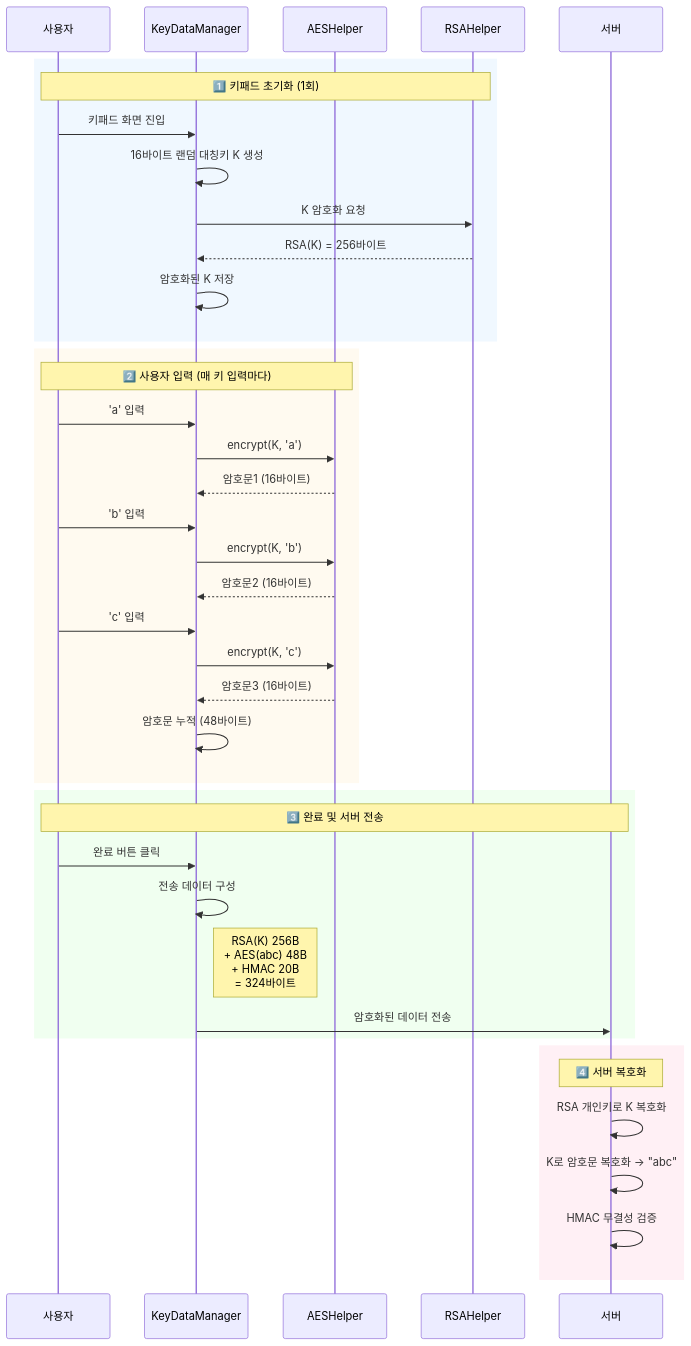
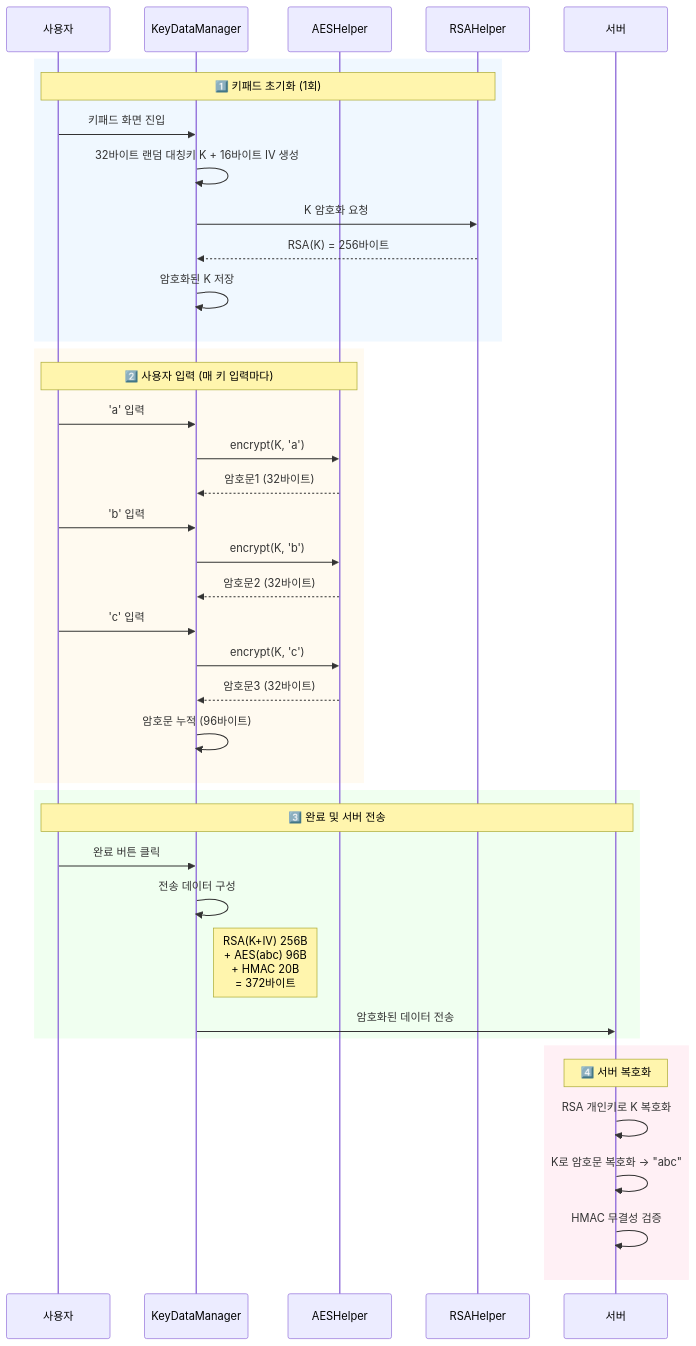
Before and after one commit to kjw2000e/SecurePad_App: the diagram in docs/리더_리뷰_자료.md, drawn with Mermaid. The commit also changed other lines of this file and 1 other file, not shown here.

````diff
--- a/docs/리더_리뷰_자료.md
+++ b/docs/리더_리뷰_자료.md
@@ -37,49 +86,49 @@
 ```mermaid
 sequenceDiagram
     participant User as 사용자
     participant KDM as KeyDataManager
     participant AES as AESHelper
     participant RSA as RSAHelper
     participant Server as 서버
 
     rect rgb(240, 248, 255)
         Note over User, RSA: 1️⃣ 키패드 초기화 (1회)
         User->>KDM: 키패드 화면 진입
-        KDM->>KDM: 16바이트 랜덤 대칭키 K 생성
+        KDM->>KDM: 32바이트 랜덤 대칭키 K + 16바이트 IV 생성
         KDM->>RSA: K 암호화 요청
         RSA-->>KDM: RSA(K) = 256바이트
         KDM->>KDM: 암호화된 K 저장
     end
 
     rect rgb(255, 250, 240)
         Note over User, AES: 2️⃣ 사용자 입력 (매 키 입력마다)
         User->>KDM: 'a' 입력
         KDM->>AES: encrypt(K, 'a')
-        AES-->>KDM: 암호문1 (16바이트)
+        AES-->>KDM: 암호문1 (32바이트)
         
         User->>KDM: 'b' 입력
         KDM->>AES: encrypt(K, 'b')
-        AES-->>KDM: 암호문2 (16바이트)
+        AES-->>KDM: 암호문2 (32바이트)
         
         User->>KDM: 'c' 입력
         KDM->>AES: encrypt(K, 'c')
-        AES-->>KDM: 암호문3 (16바이트)
+        AES-->>KDM: 암호문3 (32바이트)
         
-        KDM->>KDM: 암호문 누적 (48바이트)
+        KDM->>KDM: 암호문 누적 (96바이트)
     end
 
     rect rgb(240, 255, 240)
         Note over User, Server: 3️⃣ 완료 및 서버 전송
         User->>KDM: 완료 버튼 클릭
         KDM->>KDM: 전송 데이터 구성
-        Note right of KDM: RSA(K) 256B<br/>+ AES(abc) 48B<br/>+ HMAC 20B<br/>= 324바이트
+        Note right of KDM: RSA(K+IV) 256B<br/>+ AES(abc) 96B<br/>+ HMAC 20B<br/>= 372바이트
         KDM->>Server: 암호화된 데이터 전송
     end
 
     rect rgb(255, 240, 245)
         Note over Server: 4️⃣ 서버 복호화
         Server->>Server: RSA 개인키로 K 복호화
         Server->>Server: K로 암호문 복호화 → "abc"
         Server->>Server: HMAC 무결성 검증
     end
 ```
````
